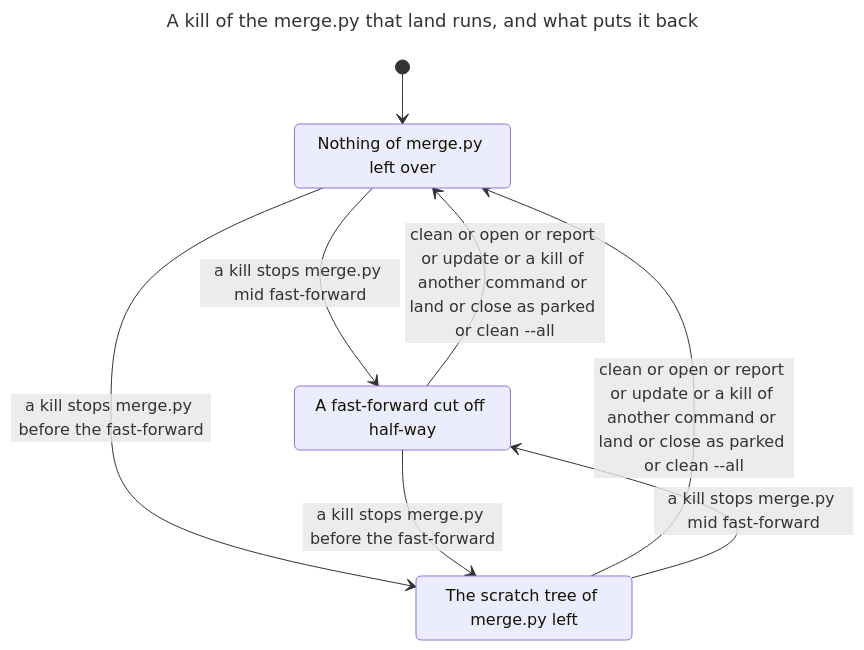
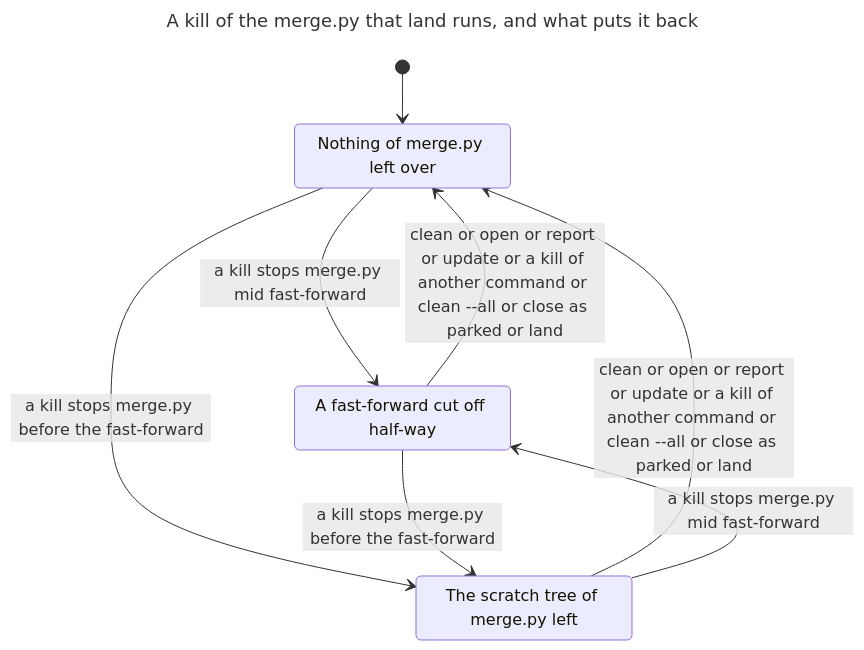
One commit to Simon-GitHub-Code/ratchet changed the sixth of 11 diagrams in docs/model/drain.md. Above: the diagram before and after it, drawn with Mermaid. The commit also changed other lines of this file and 2 other files, not shown here.

````diff
--- a/docs/model/drain.md
+++ b/docs/model/drain.md
@@ -398,16 +419,16 @@
 ```mermaid
 ---
 title: "A kill of the merge.py that land runs, and what puts it back"
 ---
 stateDiagram-v2
   s0: Nothing of merge.py left over
   s1: A fast-forward cut off half-way
   s2: The scratch tree of merge.py left
   [*] --> s0
   s0 --> s1: a kill stops merge.py mid fast-forward
   s0 --> s2: a kill stops merge.py before the fast-forward
-  s1 --> s0: clean or open or report or update or a kill of another command or land or close as parked or clean --all
+  s1 --> s0: clean or open or report or update or a kill of another command or clean --all or close as parked or land
   s1 --> s2: a kill stops merge.py before the fast-forward
-  s2 --> s0: clean or open or report or update or a kill of another command or land or close as parked or clean --all
+  s2 --> s0: clean or open or report or update or a kill of another command or clean --all or close as parked or land
   s2 --> s1: a kill stops merge.py mid fast-forward
 ```
````
